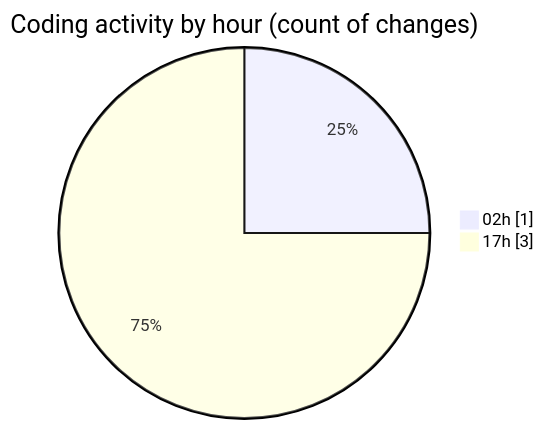
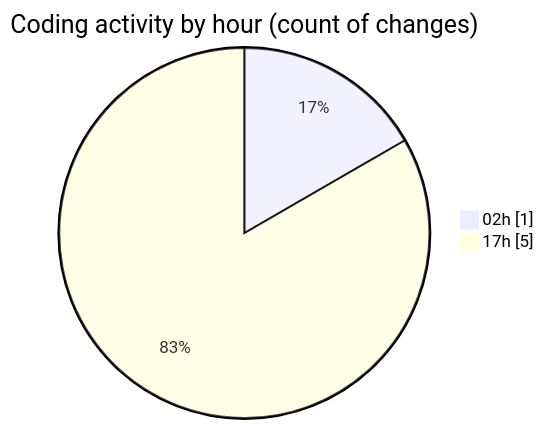
One commit to EIIisD/code-tracking changed the second of 2 diagrams in 2025-07-28/_claude/README.md. Above: the diagram before and after it, drawn with Mermaid. The commit also changed other lines of this file and 1 other file, not shown here.

````diff
--- a/2025-07-28/_claude/README.md
+++ b/2025-07-28/_claude/README.md
@@ -28,6 +28,6 @@
 ```mermaid
 pie showData
 title Coding activity by hour (count of changes)
 "02h" : 1
-"17h" : 3
+"17h" : 5
 ```
````
